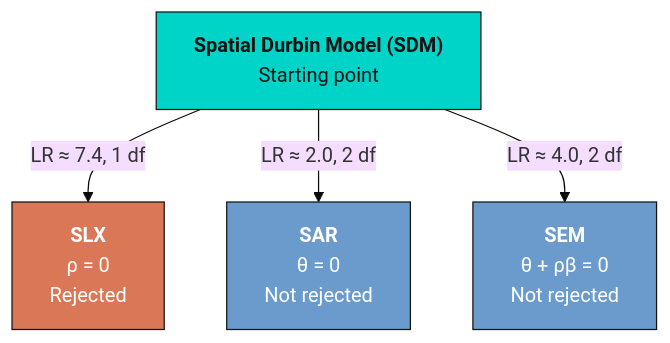
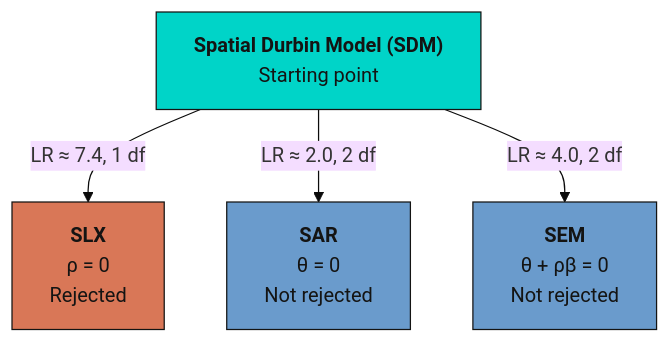
Before and after one commit to cmg777/starter-academic-v501: the third of 3 diagrams in content/post/stata_sp_regression_cross_section/index.md, drawn with Mermaid (base theme). The commit also changed other lines of this file and 67 other files, not shown here.

First line of the commit message:
fix(mermaid): readable diagram text in both themes across the site

````diff
--- a/content/post/stata_sp_regression_cross_section/index.md
+++ b/content/post/stata_sp_regression_cross_section/index.md
@@ -775,16 +775,16 @@
 ```mermaid
 graph TD
     SDM["<b>Spatial Durbin Model (SDM)</b><br/>Starting point"]
     SLX["<b>SLX</b><br/>ρ = 0<br/>Rejected"]
     SAR["<b>SAR</b><br/>θ = 0<br/>Not rejected"]
     SEM["<b>SEM</b><br/>θ + ρβ = 0<br/>Not rejected"]
 
     SDM -->|"LR ≈ 7.4, 1 df"| SLX
     SDM -->|"LR ≈ 2.0, 2 df"| SAR
     SDM -->|"LR ≈ 4.0, 2 df"| SEM
 
     style SDM fill:#00d4c8,stroke:#141413,color:#141413
-    style SLX fill:#d97757,stroke:#141413,color:#fff
-    style SAR fill:#6a9bcc,stroke:#141413,color:#fff
-    style SEM fill:#6a9bcc,stroke:#141413,color:#fff
+    style SLX fill:#d97757,stroke:#141413,color:#141413
+    style SAR fill:#6a9bcc,stroke:#141413,color:#141413
+    style SEM fill:#6a9bcc,stroke:#141413,color:#141413
 ```
````
